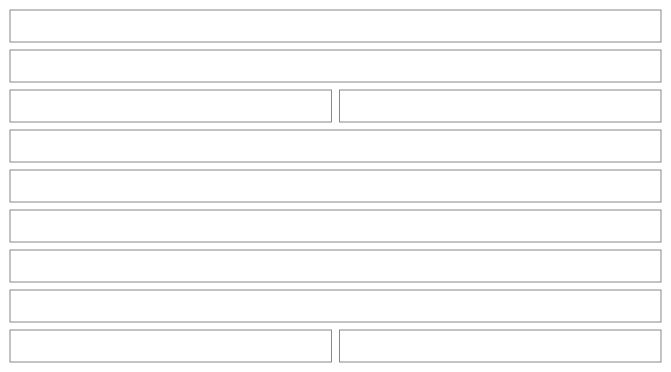
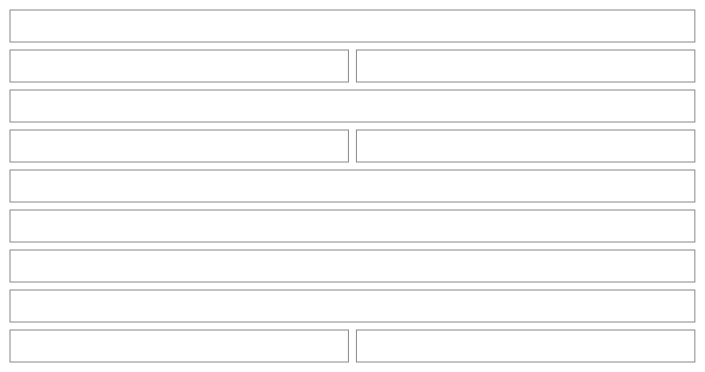
Before and after one commit to NovaMoonX/moondreams-dev-apps: diagram 32 of 57 in src/apps/pinch/UX.md, drawn with Mermaid. The commit also changed other lines of this file and 123 other files, not shown here.

First line of the commit message:
Pinch round 7: cooking mode leads with the step, lighter recipe and meal views, roomy More, ingredient groups, named meals on the shopping list (#358)

````diff
--- a/src/apps/pinch/UX.md
+++ b/src/apps/pinch/UX.md
@@ -1049,27 +1093,29 @@
 ```mermaid
 %%{init: {'theme': 'base', 'themeVariables': {'primaryColor': 'transparent', 'primaryBorderColor': '#888888', 'primaryTextColor': '#333333', 'lineColor': '#888888'}}}%%
 block-beta
   columns 2
   K1["‹ Adobo chicken & 1 more"]:2
-  K1b["Adobo chicken · Cilantro lime rice  (recipe pills, one selected; only when the plate has two)"]:2
-  K2["Steps"]:1
-  K3["Ingredients"]:1
-  K4["Step 2 of 3  ▬ ● ○"]:2
+  K1b["Adobo chicken  (dish card, on screen)"]:1
+  K1c["Cilantro lime rice · Step 1 of 2"]:1
+  K1n["📝 Oct 13: …Next time double the garlic  ⌄"]:2
+  K4["Step 2 of 3  ▬▬▬▬───"]:1
+  K3["☰ Ingredients"]:1
   K5["Simmer everything with the bay leaves and pepper, covered, for 25 minutes."]:2
-  K5b["In this step · Bay leaves 2 · Black pepper 1 tsp"]:2
-  K6["⏲️ Start 25 min timer"]:2
-  K7["12:41 · Adobo chicken / Marinate the chicken   ⏸  ✕"]:2
+  K6["⏲️ Timer · 25:00   ▶ Start"]:2
+  K5b["For this step · Bay leaves 2 · Black pepper 1 tsp  (quieter tinted block)"]:2
+  K7["12:41 Marinate the chicken · 4:59 Add the vinegar  (timers in the background; a tap shows one)"]:2
   K8["Back"]:1
   K9["Next"]:1
   style K1 fill:transparent,stroke:#888888,stroke-width:1px;
   style K1b fill:transparent,stroke:#888888,stroke-width:1px;
-  style K2 fill:transparent,stroke:#888888,stroke-width:1px;
+  style K1c fill:transparent,stroke:#888888,stroke-width:1px;
+  style K1n fill:transparent,stroke:#888888,stroke-width:1px;
   style K3 fill:transparent,stroke:#888888,stroke-width:1px;
   style K4 fill:transparent,stroke:#888888,stroke-width:1px;
   style K5 fill:transparent,stroke:#888888,stroke-width:1px;
   style K5b fill:transparent,stroke:#888888,stroke-width:1px;
   style K6 fill:transparent,stroke:#888888,stroke-width:1px;
   style K7 fill:transparent,stroke:#888888,stroke-width:1px;
   style K8 fill:transparent,stroke:#888888,stroke-width:1px;
   style K9 fill:transparent,stroke:#888888,stroke-width:1px;
 ```
````
